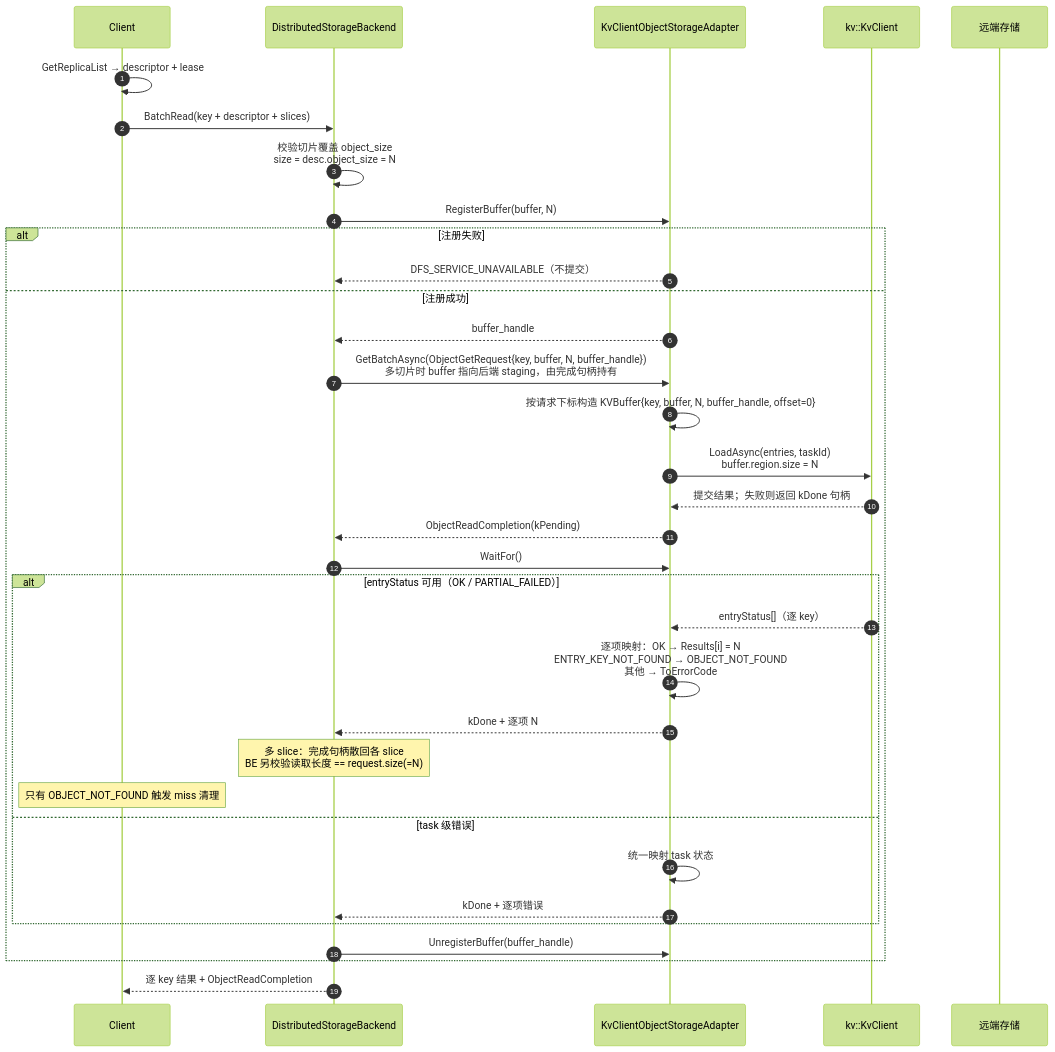
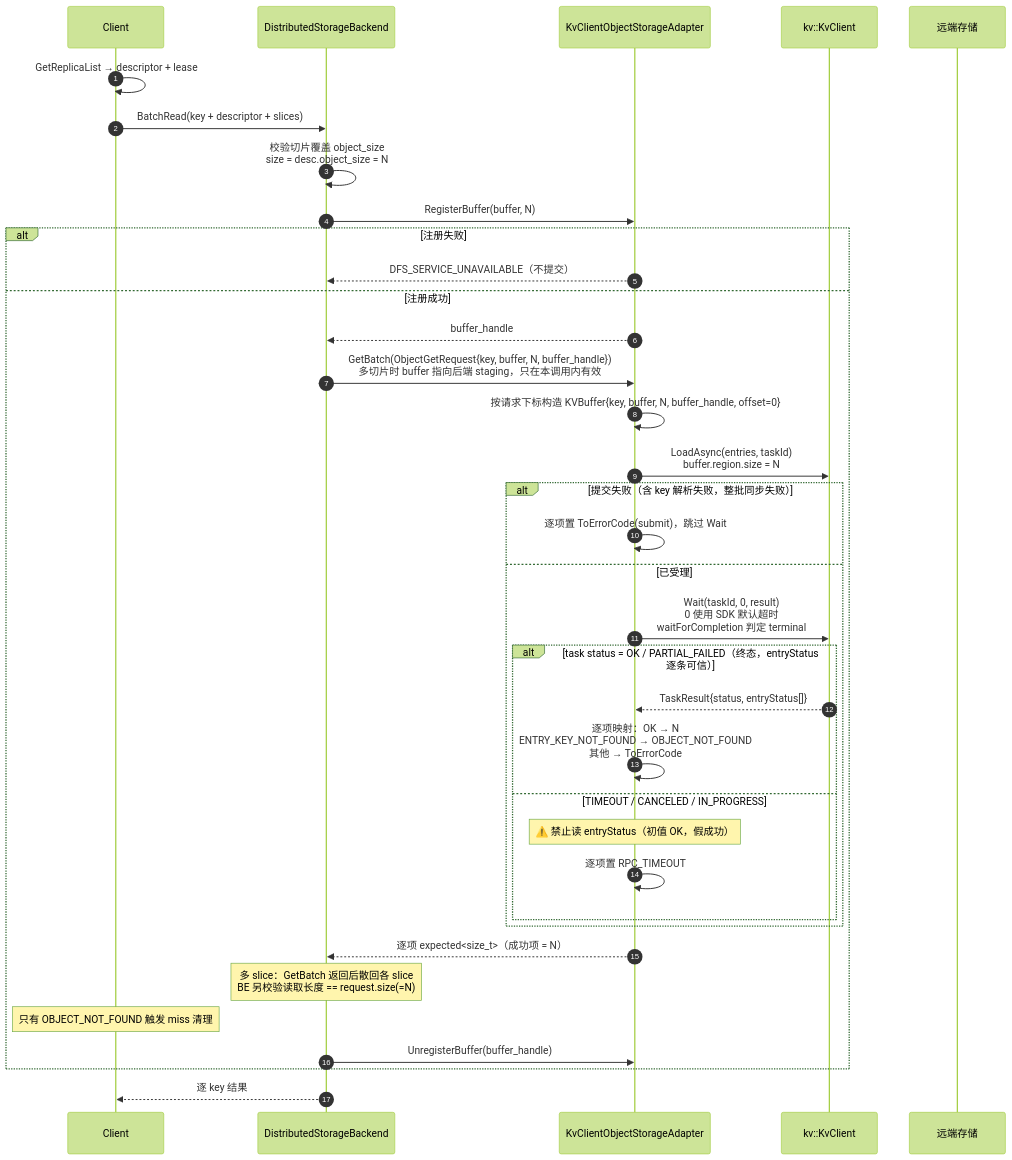
One commit to zwj20000328-dotcom/Mooncake-documents changed the tenth of 13 diagrams in Mooncake + KVClient L3 接入（Kvcs）- v3.md. Above: the diagram before and after it, drawn with Mermaid (forest theme). The commit also changed other lines of this file and 2 other files, not shown here.

First line of the commit message:
docs: drop the kvclient read completion class

````diff
--- a/Mooncake + KVClient L3 接入（Kvcs）- v3.md
+++ b/Mooncake + KVClient L3 接入（Kvcs）- v3.md
@@ -649,37 +647,39 @@
 ```mermaid
 sequenceDiagram
     autonumber
     participant C as Client
     participant BE as DistributedStorageBackend
     participant AD as KvClientObjectStorageAdapter
     participant SDK as kv::KvClient
     participant S as 远端存储
 
     C->>C: GetReplicaList → descriptor + lease
     C->>BE: BatchRead(key + descriptor + slices)
     BE->>BE: 校验切片覆盖 object_size<br/>size = desc.object_size = N
     BE->>AD: RegisterBuffer(buffer, N)
     alt 注册失败
         AD-->>BE: DFS_SERVICE_UNAVAILABLE（不提交）
     else 注册成功
         AD-->>BE: buffer_handle
-        BE->>AD: GetBatchAsync(ObjectGetRequest{key, buffer, N, buffer_handle})<br/>多切片时 buffer 指向后端 staging，由完成句柄持有
+        BE->>AD: GetBatch(ObjectGetRequest{key, buffer, N, buffer_handle})<br/>多切片时 buffer 指向后端 staging，只在本调用内有效
         AD->>AD: 按请求下标构造 KVBuffer{key, buffer, N, buffer_handle, offset=0}
         AD->>SDK: LoadAsync(entries, taskId)<br/>buffer.region.size = N
-        SDK-->>AD: 提交结果；失败则返回 kDone 句柄
-        AD-->>BE: ObjectReadCompletion(kPending)
-        BE->>AD: WaitFor()
-        alt entryStatus 可用（OK / PARTIAL_FAILED）
-            SDK-->>AD: entryStatus[]（逐 key）
-            AD->>AD: 逐项映射：OK → Results[i] = N<br/>ENTRY_KEY_NOT_FOUND → OBJECT_NOT_FOUND<br/>其他 → ToErrorCode
-            AD-->>BE: kDone + 逐项 N
-            Note over BE: 多 slice：完成句柄散回各 slice<br/>BE 另校验读取长度 == request.size(=N)
-            Note over C: 只有 OBJECT_NOT_FOUND 触发 miss 清理
-        else task 级错误
-            AD->>AD: 统一映射 task 状态
-            AD-->>BE: kDone + 逐项错误
+        alt 提交失败（含 key 解析失败，整批同步失败）
+            AD->>AD: 逐项置 ToErrorCode(submit)，跳过 Wait
+        else 已受理
+            AD->>SDK: Wait(taskId, 0, result)<br/>0 使用 SDK 默认超时<br/>waitForCompletion 判定 terminal
+            alt task status = OK / PARTIAL_FAILED（终态，entryStatus 逐条可信）
+                SDK-->>AD: TaskResult{status, entryStatus[]}
+                AD->>AD: 逐项映射：OK → N<br/>ENTRY_KEY_NOT_FOUND → OBJECT_NOT_FOUND<br/>其他 → ToErrorCode
+            else TIMEOUT / CANCELED / IN_PROGRESS
+                Note over AD: ⚠️ 禁止读 entryStatus（初值 OK，假成功）
+                AD->>AD: 逐项置 RPC_TIMEOUT
+            end
         end
+        AD-->>BE: 逐项 expected<size_t>（成功项 = N）
+        Note over BE: 多 slice：GetBatch 返回后散回各 slice<br/>BE 另校验读取长度 == request.size(=N)
+        Note over C: 只有 OBJECT_NOT_FOUND 触发 miss 清理
         BE->>AD: UnregisterBuffer(buffer_handle)
     end
-    BE-->>C: 逐 key 结果 + ObjectReadCompletion
+    BE-->>C: 逐 key 结果
 ```
````
